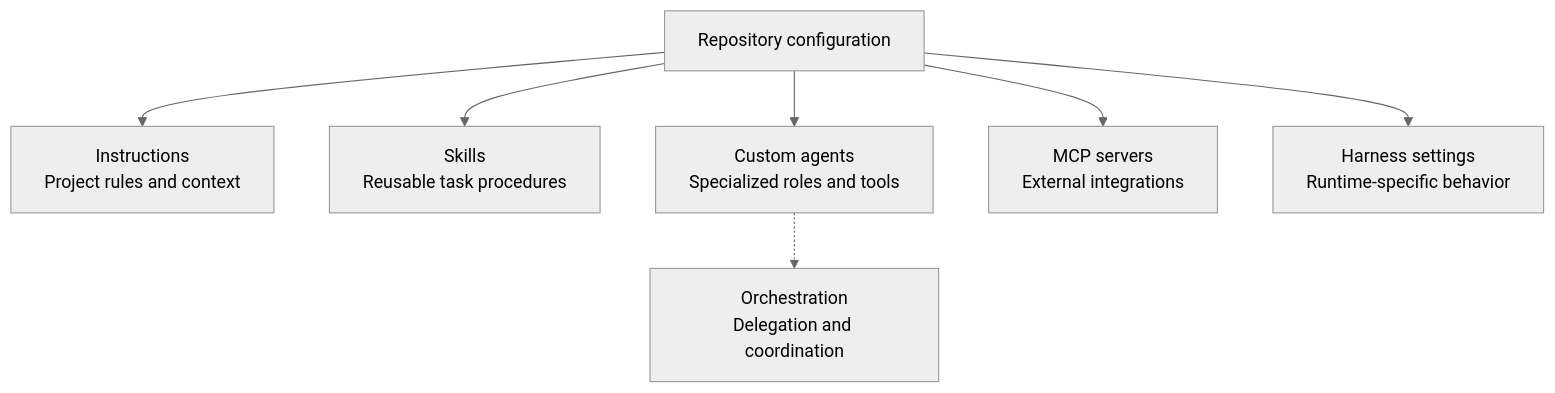
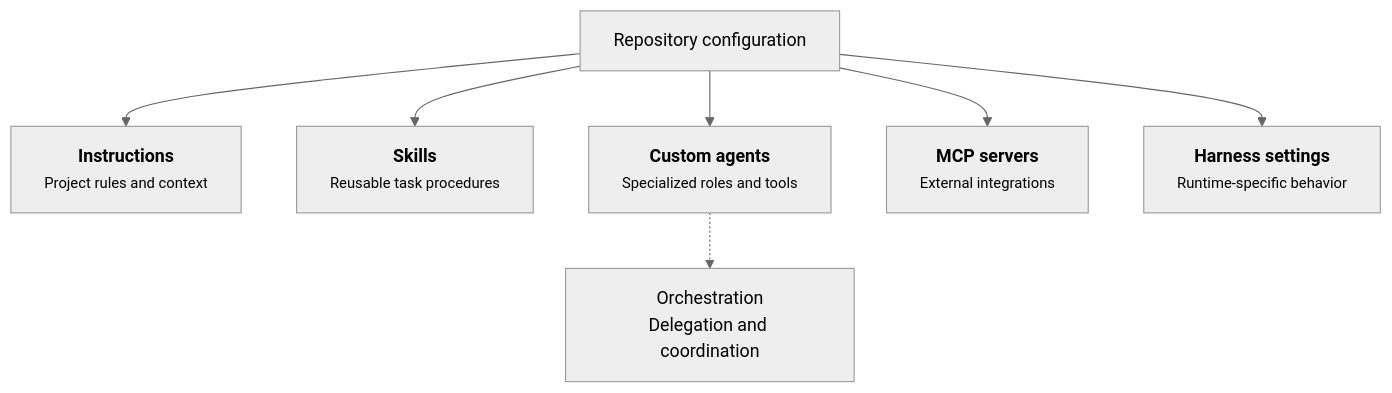
The diagram in content/articles/from-copilot-to-opencode-configuration-portability.md (lfarci/loganfarci.com), drawn with Mermaid (neutral theme) before and after one commit. The commit also changed other lines of this file, not shown here.

Commit message:
docs: verify Copilot app architecture and add CLI repository settings paths

````diff
--- a/content/articles/from-copilot-to-opencode-configuration-portability.md
+++ b/content/articles/from-copilot-to-opencode-configuration-portability.md
@@ -51,10 +53,10 @@
 ```mermaid
 flowchart TD
     R["Repository configuration"]
-    R --> I["Instructions<br/>Project rules and context"]
-    R --> S["Skills<br/>Reusable task procedures"]
-    R --> A["Custom agents<br/>Specialized roles and tools"]
-    R --> M["MCP servers<br/>External integrations"]
-    R --> H["Harness settings<br/>Runtime-specific behavior"]
+    R --> I["<b>Instructions</b><br/><small>Project rules and context</small>"]
+    R --> S["<b>Skills</b><br/><small>Reusable task procedures</small>"]
+    R --> A["<b>Custom agents</b><br/><small>Specialized roles and tools</small>"]
+    R --> M["<b>MCP servers</b><br/><small>External integrations</small>"]
+    R --> H["<b>Harness settings</b><br/><small>Runtime-specific behavior</small>"]
     A -.-> O["Orchestration<br/>Delegation and coordination"]
 ```
````
